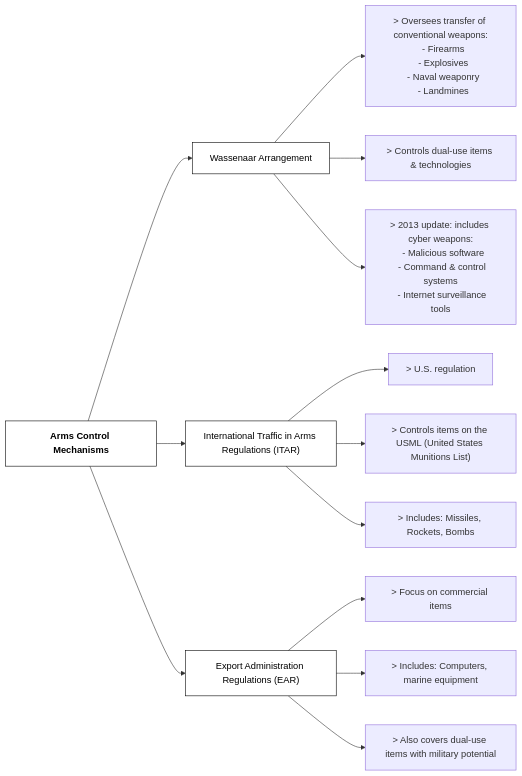
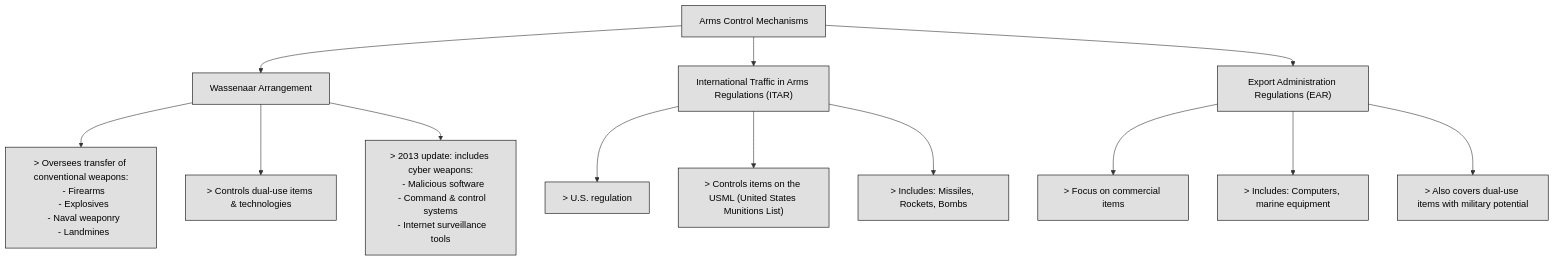
Before and after one commit to lorenzoleonelli/CISSP-Zero-to-Hero: the first of 2 diagrams in DOMAIN1: The Cybersecurity Manager/1.4 Understand legal, regulatory, and compliance issues that pertain to information security in a holistic context.md, drawn with Mermaid. The commit also changed other lines of this file, not shown here.

````diff
--- a/DOMAIN1: The Cybersecurity Manager/1.4 Understand legal, regulatory, and compliance issues that pertain to information security in a holistic context.md
+++ b/DOMAIN1: The Cybersecurity Manager/1.4 Understand legal, regulatory, and compliance issues that pertain to information security in a holistic context.md
@@ -191,23 +208,23 @@
 ```mermaid 
-flowchart LR
+flowchart TD
     A["Arms Control Mechanisms"]:::header
 
     A --> WA["Wassenaar Arrangement"]:::box
     A --> ITAR["International Traffic in Arms Regulations (ITAR)"]:::box
     A --> EAR["Export Administration Regulations (EAR)"]:::box
 
     WA --> WA1["> Oversees transfer of conventional weapons:\n  - Firearms\n  - Explosives\n  - Naval weaponry\n  - Landmines"]
     WA --> WA2["> Controls dual-use items & technologies"]
     WA --> WA3["> 2013 update: includes cyber weapons:\n  - Malicious software\n  - Command & control systems\n  - Internet surveillance tools"]
 
     ITAR --> ITAR1["> U.S. regulation"]
     ITAR --> ITAR2["> Controls items on the USML (United States Munitions List)"]
     ITAR --> ITAR3["> Includes: Missiles, Rockets, Bombs"]
 
     EAR --> EAR1["> Focus on commercial items"]
     EAR --> EAR2["> Includes: Computers, marine equipment"]
     EAR --> EAR3["> Also covers dual-use items with military potential"]
 
-    classDef header fill:#ffffff,color:#000000,font-weight:bold,stroke:#000000,stroke-width:1px
-    classDef box fill:#ffffff,color:#000000,stroke:#000000,stroke-width:1px
+    classDef center fill:#ffffff,color:#000000,stroke:#000000,stroke-width:1px,font-weight:bold
+    classDef node fill:#e0e0e0,color:#000000,stroke:#000000,stroke-width:1px
 ```
````
